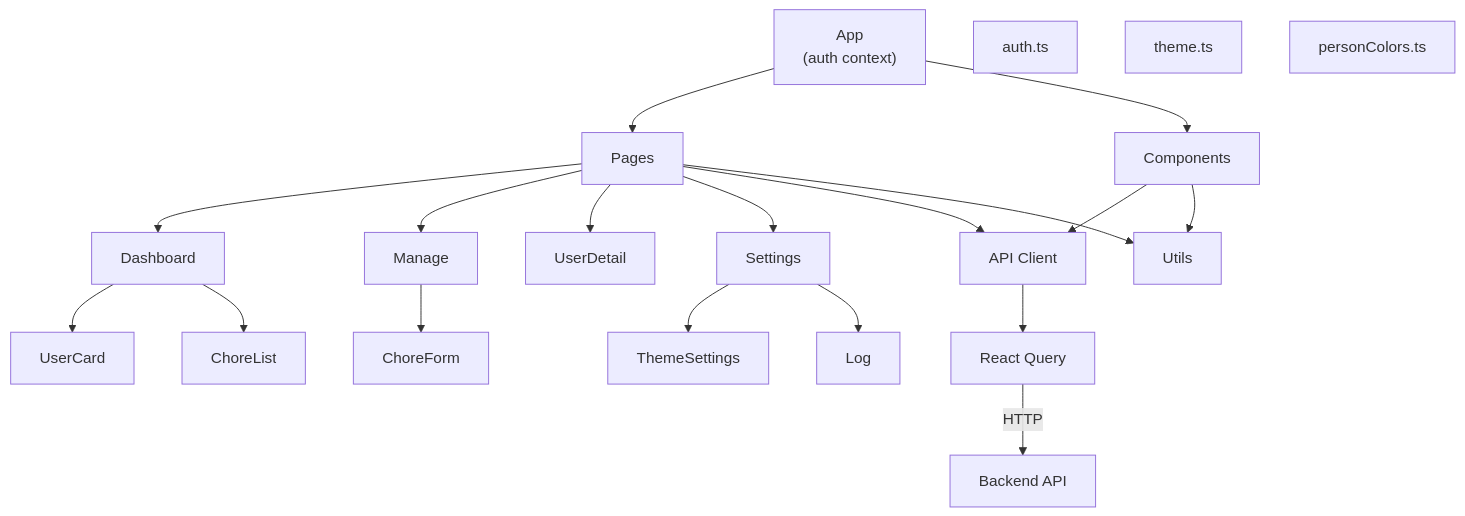
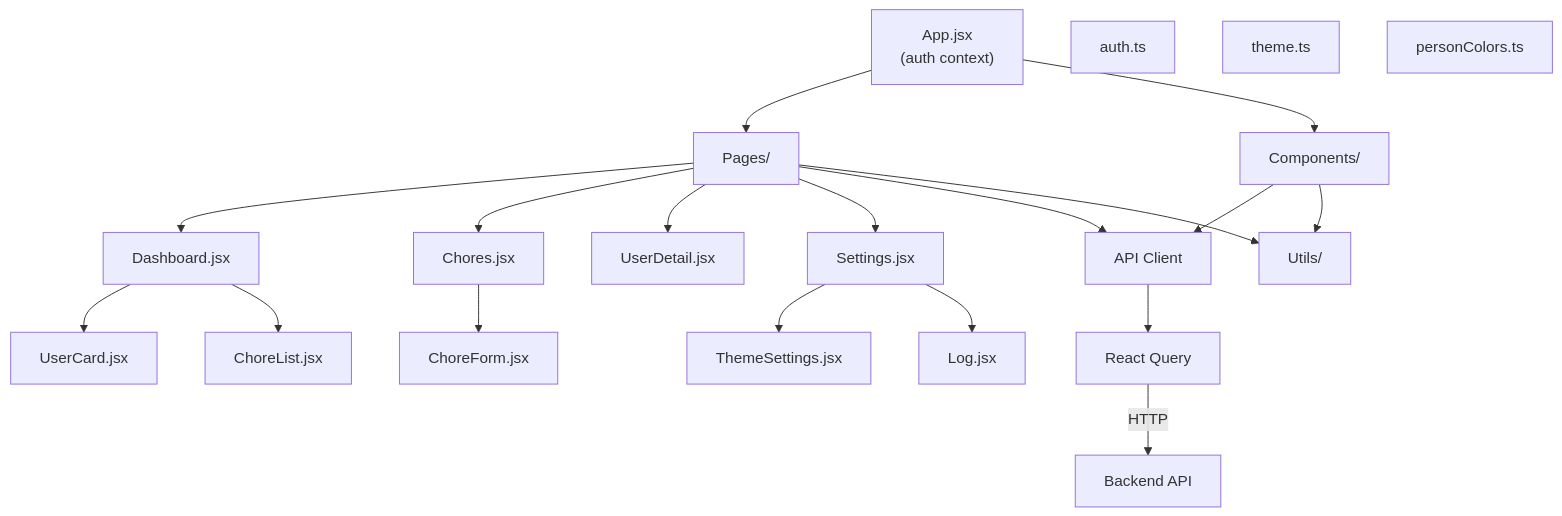
Before and after one commit to derekwinters/chores-web: the second of 13 diagrams in docs/ARCHITECTURE.md, drawn with Mermaid. The commit also changed other lines of this file, not shown here.

Commit message:
fix: Correct architecture diagrams with actual file names and missing routers
Updated Frontend Architecture diagram to show actual file names with .jsx/.ts extensions and correct page name (Chores.jsx instead of Manage). Updated Backend Architecture diagram to include missing export.py and data_import.py routers, their corresponding services, and Settings model. Added directory indicators for clarity.

````diff
--- a/docs/ARCHITECTURE.md
+++ b/docs/ARCHITECTURE.md
@@ -22,46 +22,46 @@
 ```mermaid
 graph TB
-    App["App<br/>(auth context)"]
+    App["App.jsx<br/>(auth context)"]
     
-    Pages["Pages"]
-    Dashboard["Dashboard"]
-    Manage["Manage"]
-    UserDetail["UserDetail"]
-    Settings["Settings"]
+    Pages["Pages/"]
+    Dashboard["Dashboard.jsx"]
+    Chores["Chores.jsx"]
+    UserDetail["UserDetail.jsx"]
+    Settings["Settings.jsx"]
     
-    Components["Components"]
-    UserCard["UserCard"]
-    ChoreList["ChoreList"]
-    ChoreForm["ChoreForm"]
-    ThemeSettings["ThemeSettings"]
-    Log["Log"]
+    Components["Components/"]
+    UserCard["UserCard.jsx"]
+    ChoreList["ChoreList.jsx"]
+    ChoreForm["ChoreForm.jsx"]
+    ThemeSettings["ThemeSettings.jsx"]
+    Log["Log.jsx"]
     
-    Utils["Utils"]
+    Utils["Utils/"]
     Auth["auth.ts"]
     Theme["theme.ts"]
     PersonColors["personColors.ts"]
     
     API["API Client"]
     RQ["React Query"]
     
     App --> Pages
     App --> Components
     Pages --> Dashboard
-    Pages --> Manage
+    Pages --> Chores
     Pages --> UserDetail
     Pages --> Settings
     
     Dashboard --> UserCard
     Dashboard --> ChoreList
-    Manage --> ChoreForm
+    Chores --> ChoreForm
     Settings --> ThemeSettings
     Settings --> Log
     
     Components --> API
     Pages --> API
     API --> RQ
     RQ -->|HTTP| Backend["Backend API"]
     
     Components --> Utils
     Pages --> Utils
 ```
````
